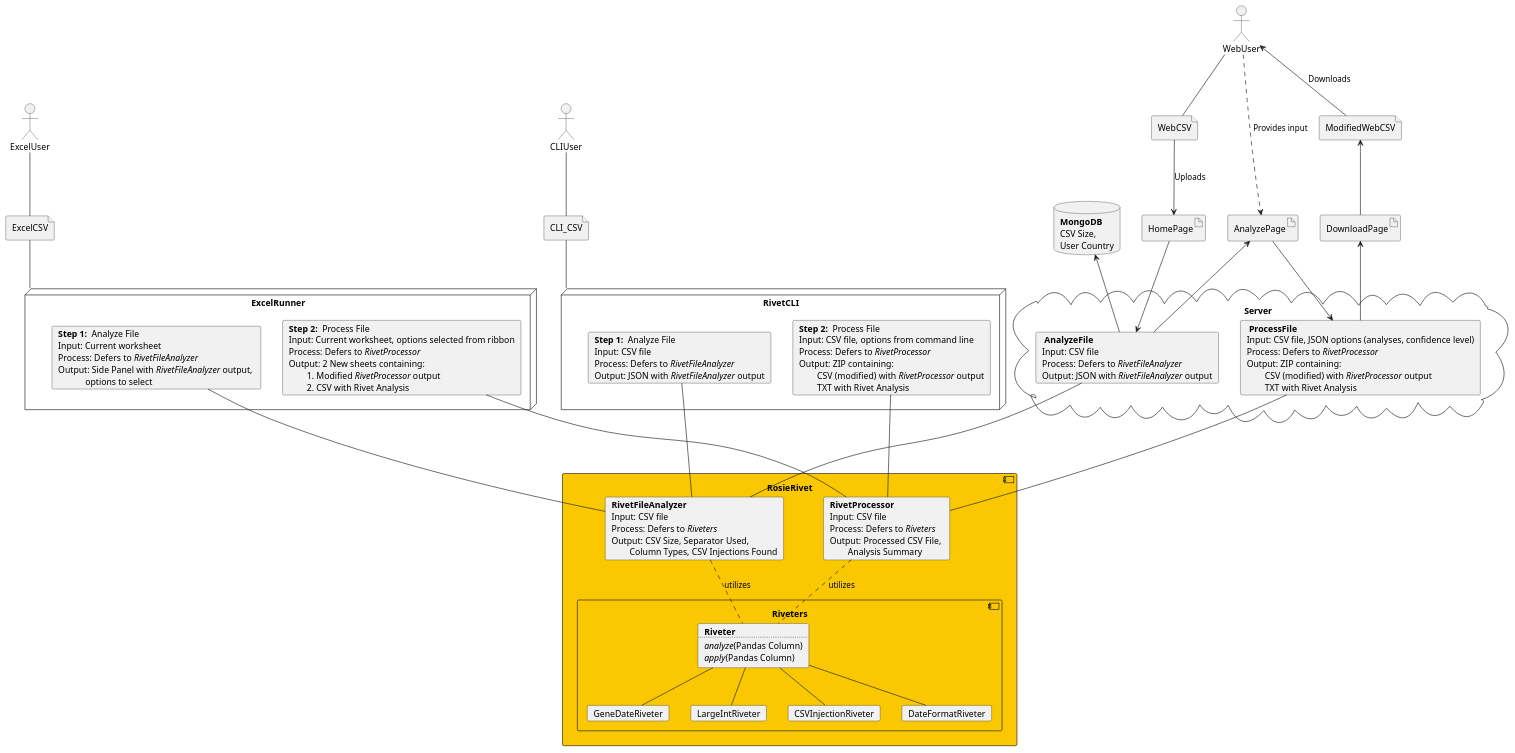
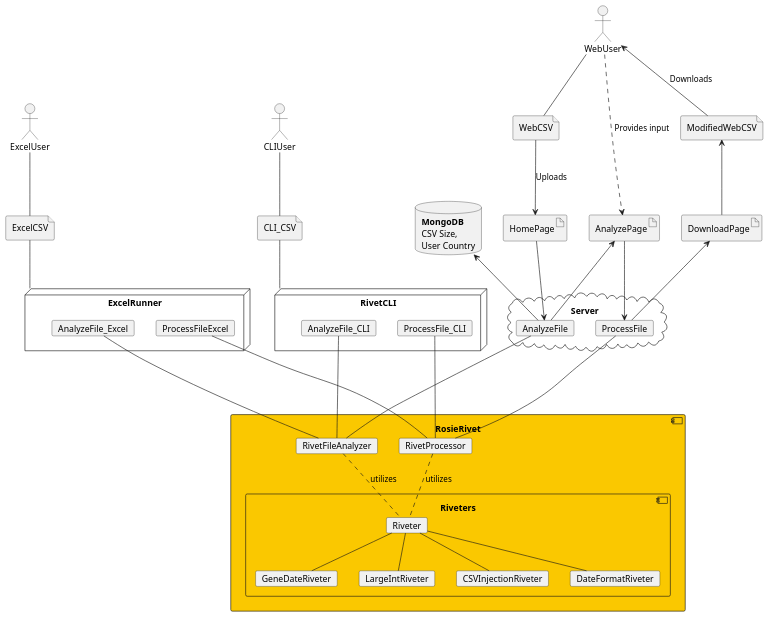
One commit to mwklose/RosieRivet changed the diagram in design/SystemDesign.plantuml. Above: the diagram before and after it, drawn with PlantUML. The commit also changed 4 other files, not shown here.

Commit message:
Updated SystemDesign PlantUML, RivetCLI, testfile strructure

```diff
--- a/design/SystemDesign.plantuml
+++ b/design/SystemDesign.plantuml
@@ -1,165 +1,108 @@
 @startuml
-    'skinparam linetype polyline
+    skinparam FontSize 18
 
     'Three users, order them
     actor WebUser 
     actor ExcelUser
     actor CLIUser
 
     ' Order the users (will be hidden)
 
     ' Web files and artifacts
     file WebCSV
     file ModifiedWebCSV
     artifact HomePage
     artifact AnalyzePage
     artifact DownloadPage
 
     ' CLI files and artifacts
     file CLI_CSV
     
 
     ' Excel Files and artifacts
     file ExcelCSV
 
     'Three interfaces to run
     cloud Server {
-        card AnalyzeFile [
-            <b> AnalyzeFile </b>
-            Input: CSV file
-            Process: Defers to <i>RivetFileAnalyzer</i>
-            Output: JSON with <i>RivetFileAnalyzer</i> output
-        ]
-        card ProcessFile [
-            <b> ProcessFile </b>
-            Input: CSV file, JSON options (analyses, confidence level)
-            Process: Defers to <i>RivetProcessor</i>
-            Output: ZIP containing:
-                    CSV (modified) with <i>RivetProcessor</i> output
-                    TXT with Rivet Analysis
-        ]
+        card AnalyzeFile
+        card ProcessFile
     }
 
     node ExcelRunner {
-        card Step1ER [
-            <b>Step 1: </b> Analyze File
-            Input: Current worksheet
-            Process: Defers to <i>RivetFileAnalyzer</i>
-            Output: Side Panel with <i>RivetFileAnalyzer</i> output, 
-                        options to select
-        ]
-        card Step2ER [
-            <b>Step 2: </b> Process File
-            Input: Current worksheet, options selected from ribbon
-            Process: Defers to <i>RivetProcessor</i>
-            Output: 2 New sheets containing:
-                    1. Modified <i>RivetProcessor</i> output
-                    2. CSV with Rivet Analysis
-        ]
-        
-        
+        card AnalyzeFile_Excel
+        card ProcessFileExcel
     }
 
     node RivetCLI {
-        card Step1CLI [
-            <b>Step 1: </b> Analyze File
-            Input: CSV file
-            Process: Defers to <i>RivetFileAnalyzer</i>
-            Output: JSON with <i>RivetFileAnalyzer</i> output
-        ]
-        card Step2CLI [
-            <b>Step 2: </b> Process File
-            Input: CSV file, options from command line
-            Process: Defers to <i>RivetProcessor</i>
-            Output: ZIP containing:
-                    CSV (modified) with <i>RivetProcessor</i> output
-                    TXT with Rivet Analysis
-        ]
-        
+        card AnalyzeFile_CLI
+        card ProcessFile_CLI
     }
     component RosieRivet #FAC800 {
-        card RivetFileAnalyzer [
-            <b>RivetFileAnalyzer</b>
-            Input: CSV file
-            Process: Defers to <i>Riveters</i>
-            Output: CSV Size, Separator Used, 
-                    Column Types, CSV Injections Found
-        ]
-        card RivetProcessor [
-            <b>RivetProcessor</b>
-            Input: CSV file
-            Process: Defers to <i>Riveters</i>
-            Output: Processed CSV File, 
-                    Analysis Summary
-        ]
+        card RivetFileAnalyzer
+        card RivetProcessor
         'within riveters, have Apply AND Analyze functions
         component Riveters {
-            card Riveter [
-                <b>Riveter</b>
-                ..
-                <i>analyze</i>(Pandas Column)
-                <i>apply</i>(Pandas Column)
-            ]
+            card Riveter
             card GeneDateRiveter
             card LargeIntRiveter
             card CSVInjectionRiveter
             card DateFormatRiveter
 
             Riveter -- GeneDateRiveter
             Riveter -- LargeIntRiveter
             Riveter -- CSVInjectionRiveter
             Riveter -- DateFormatRiveter
         }
         RivetFileAnalyzer .. Riveter : utilizes
         RivetProcessor .. Riveter : utilizes
         
     }
 
     database MongoDB [
         <b>MongoDB</b>
         CSV Size,
         User Country
     ]
 
     'USERS 
     WebUser -- WebCSV
     ExcelUser -- ExcelCSV 
     CLIUser -- CLI_CSV
     ' WEB INTERFACE FLOW
     MongoDB <-- AnalyzeFile
 
     
     WebCSV --> HomePage : Uploads
     AnalyzeFile <-- HomePage
     
     AnalyzeFile --- RivetFileAnalyzer
-    Step1ER --- RivetFileAnalyzer
-    Step1CLI --- RivetFileAnalyzer
+    AnalyzeFile_Excel --- RivetFileAnalyzer
+    AnalyzeFile_CLI --- RivetFileAnalyzer
 
     AnalyzePage <-- AnalyzeFile
     WebUser ..> AnalyzePage : Provides input
     AnalyzePage --> ProcessFile
     
     
     DownloadPage <-- ProcessFile
     ProcessFile --- RivetProcessor
-    Step2ER --- RivetProcessor
-    Step2CLI --- RivetProcessor
+    ProcessFileExcel --- RivetProcessor
+    ProcessFile_CLI --- RivetProcessor
 
 
     ModifiedWebCSV <-- DownloadPage
     WebUser <-- ModifiedWebCSV : Downloads
 
     'FORMATTING FOR WEBUSER TO BE HAPPY
     MongoDB -[hidden] HomePage
     HomePage -[hidden] AnalyzePage
     AnalyzePage -[hidden] DownloadPage
 
 
     ExcelCSV -- ExcelRunner
     
     CLI_CSV -- RivetCLI
 
     
 
 @enduml
```
